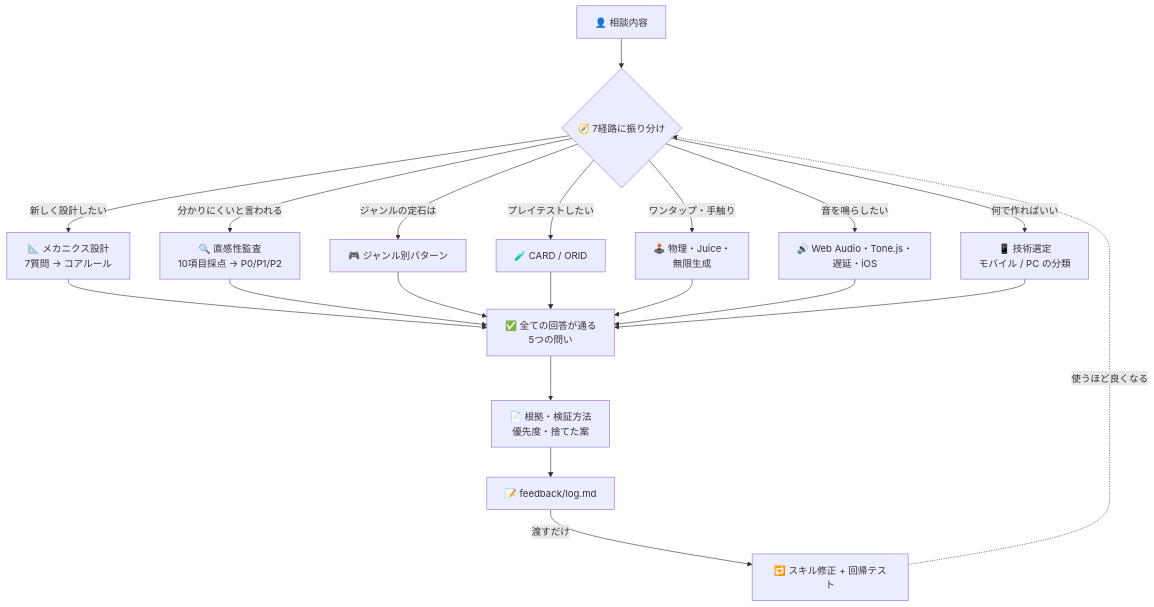
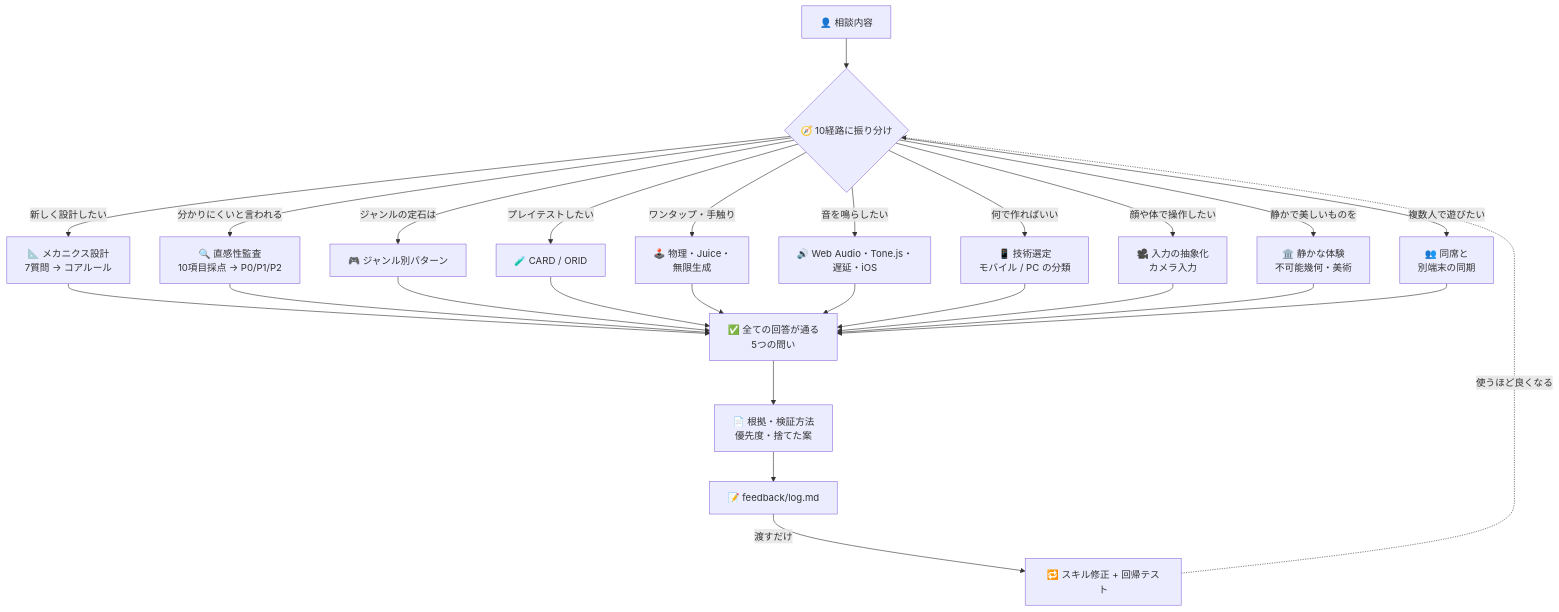
One commit to takaoumehara/intuitive-game-design-skill changed the diagram in README.ja.md. Above: the diagram before and after it, drawn with Mermaid. The commit also changed other lines of this file and 24 other files, not shown here.

````diff
--- a/README.ja.md
+++ b/README.ja.md
@@ -24,18 +24,21 @@
 ```mermaid
 flowchart TD
-    U["👤 相談内容"] --> R{"🧭 7経路に振り分け"}
+    U["👤 相談内容"] --> R{"🧭 10経路に振り分け"}
 
     R -->|"新しく設計したい"| A["📐 メカニクス設計<br/>7質問 → コアルール"]
     R -->|"分かりにくいと言われる"| B["🔍 直感性監査<br/>10項目採点 → P0/P1/P2"]
     R -->|"ジャンルの定石は"| C["🎮 ジャンル別パターン"]
     R -->|"プレイテストしたい"| D["🧪 CARD / ORID"]
     R -->|"ワンタップ・手触り"| E["🕹️ 物理・Juice・<br/>無限生成"]
     R -->|"音を鳴らしたい"| F["🔊 Web Audio・Tone.js・<br/>遅延・iOS"]
     R -->|"何で作ればいい"| G["📱 技術選定<br/>モバイル / PC の分類"]
+    R -->|"顔や体で操作したい"| H["🎥 入力の抽象化<br/>カメラ入力"]
+    R -->|"静かで美しいものを"| I["🏛️ 静かな体験<br/>不可能幾何・美術"]
+    R -->|"複数人で遊びたい"| J["👥 同席と<br/>別端末の同期"]
 
-    A & B & C & D & E & F & G --> Q["✅ 全ての回答が通る<br/>5つの問い"]
+    A & B & C & D & E & F & G & H & I & J --> Q["✅ 全ての回答が通る<br/>5つの問い"]
     Q --> O["📄 根拠・検証方法<br/>優先度・捨てた案"]
     O --> L["📝 feedback/log.md"]
     L -->|"渡すだけ"| FIX["🔁 スキル修正 + 回帰テスト"]
     FIX -.->|"使うほど良くなる"| R
 ```
````
